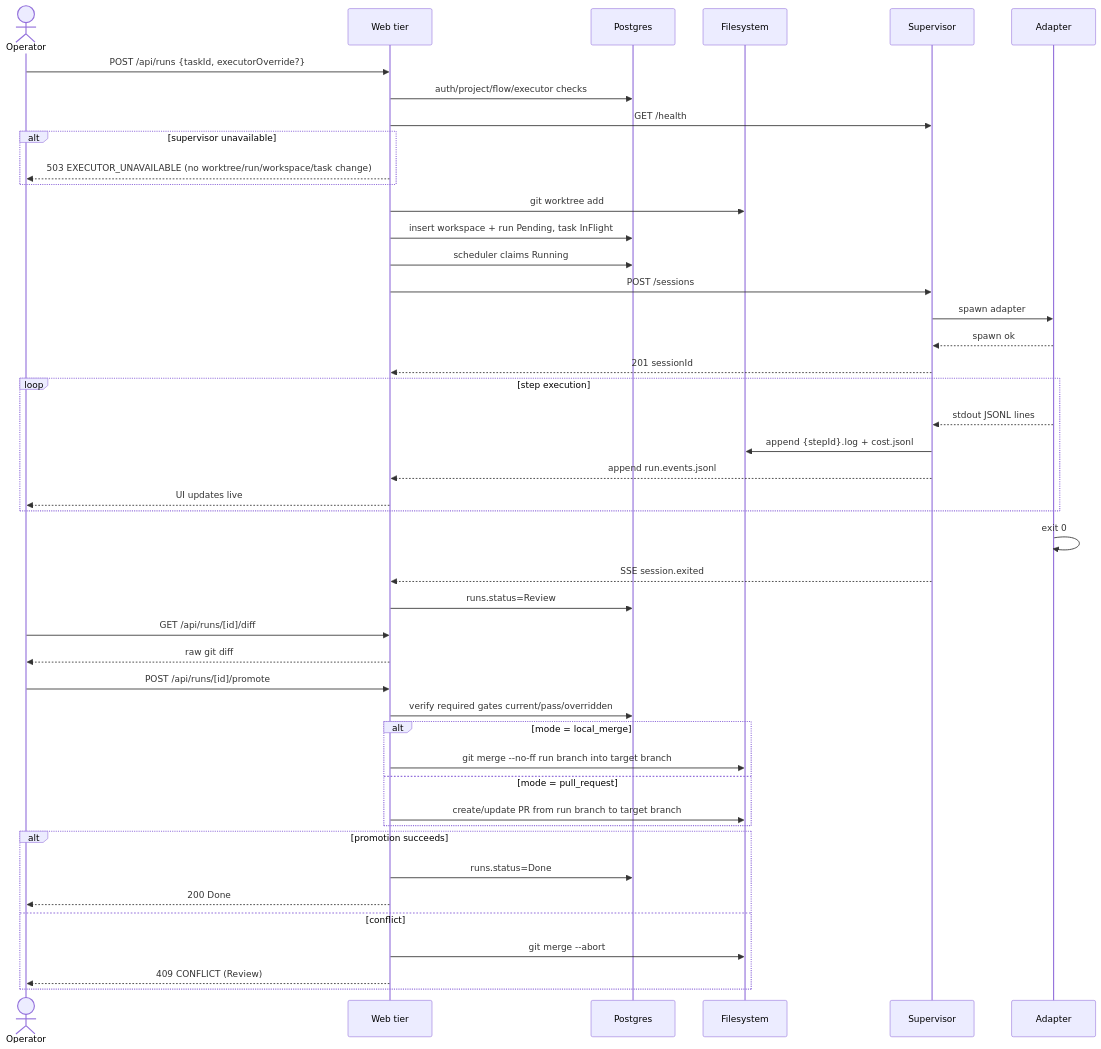
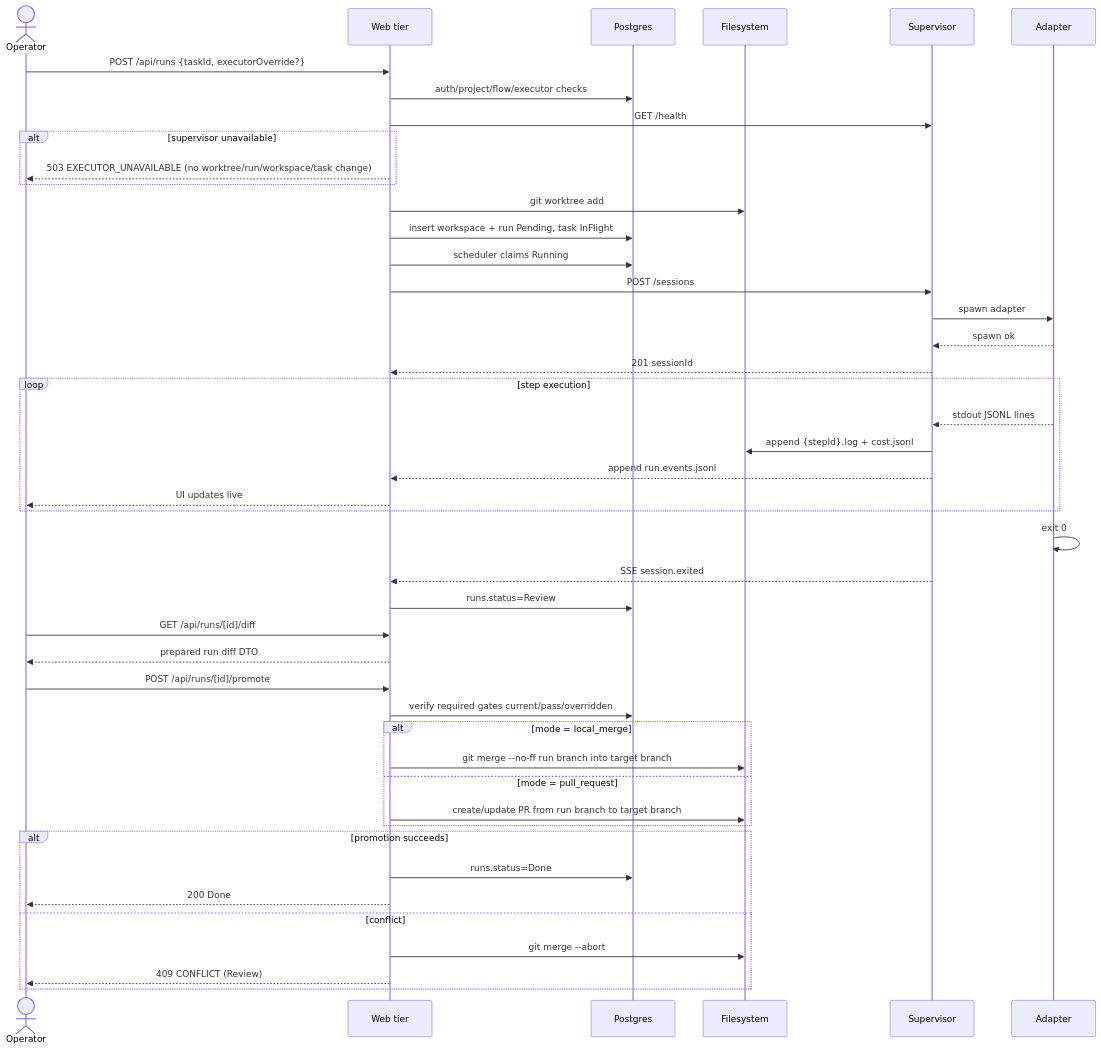
One commit to maister-dev/maister changed the second of 4 diagrams in docs/system-analytics/runs.md. Above: the diagram before and after it, drawn with Mermaid. The commit also changed other lines of this file and 60 other files, not shown here.

````diff
--- a/docs/system-analytics/runs.md
+++ b/docs/system-analytics/runs.md
@@ -380,48 +399,48 @@
 ```mermaid
 sequenceDiagram
     actor U as Operator
     participant W as Web tier
     participant DB as Postgres
     participant FS as Filesystem
     participant SV as Supervisor
     participant A as Adapter
 
     U->>W: POST /api/runs {taskId, executorOverride?}
     W->>DB: auth/project/flow/executor checks
     W->>SV: GET /health
     alt supervisor unavailable
         W-->>U: 503 EXECUTOR_UNAVAILABLE (no worktree/run/workspace/task change)
     end
     W->>FS: git worktree add
     W->>DB: insert workspace + run Pending, task InFlight
     W->>DB: scheduler claims Running
     W->>SV: POST /sessions
     SV->>A: spawn adapter
     A-->>SV: spawn ok
     SV-->>W: 201 sessionId
     loop step execution
         A-->>SV: stdout JSONL lines
         SV->>FS: append {stepId}.log + cost.jsonl
         SV-->>W: append run.events.jsonl
         W-->>U: UI updates live
     end
     A->>A: exit 0
     SV-->>W: SSE session.exited
     W->>DB: runs.status=Review
     U->>W: GET /api/runs/[id]/diff
-    W-->>U: raw git diff
+    W-->>U: prepared run diff DTO
     U->>W: POST /api/runs/[id]/promote
     W->>DB: verify required gates current/pass/overridden
     alt mode = local_merge
         W->>FS: git merge --no-ff run branch into target branch
     else mode = pull_request
         W->>FS: create/update PR from run branch to target branch
     end
     alt promotion succeeds
         W->>DB: runs.status=Done
         W-->>U: 200 Done
     else conflict
         W->>FS: git merge --abort
         W-->>U: 409 CONFLICT (Review)
     end
 ```
````
